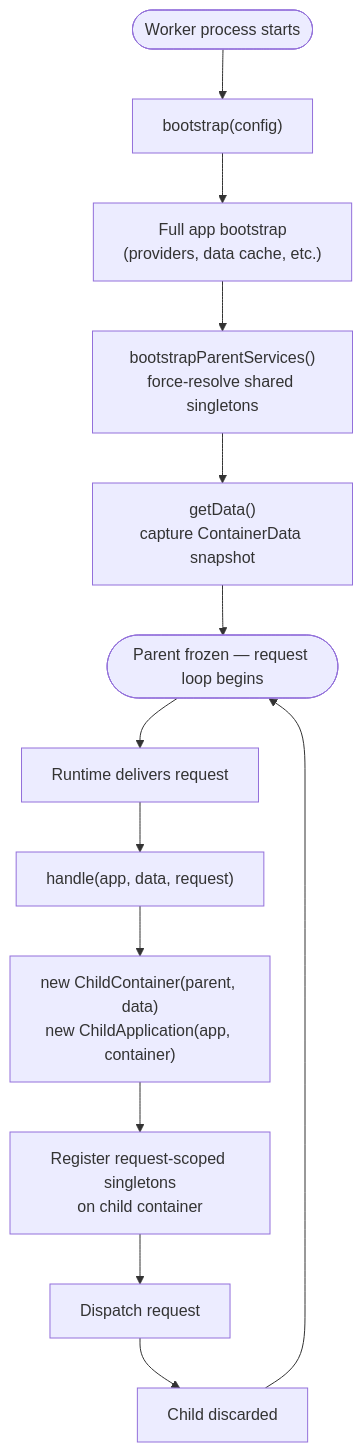
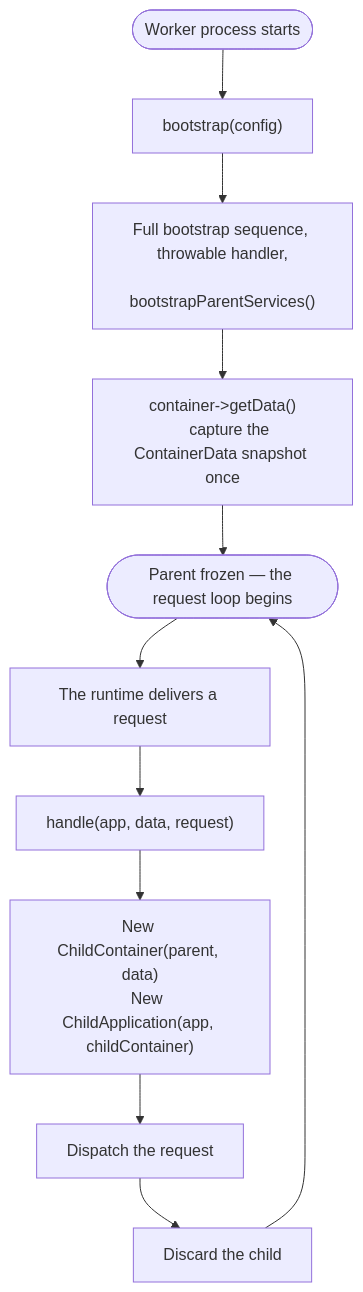
The second of 2 diagrams in src/Valkyrja/Application/README.md (valkyrjaio/valkyrja), drawn with Mermaid before and after one commit. The commit also changed other lines of this file, not shown here.

Commit message:
[Application] docs: Rewrite the README to match the code.

````diff
--- a/src/Valkyrja/Application/README.md
+++ b/src/Valkyrja/Application/README.md
@@ -569,15 +278,16 @@
 ```mermaid
 flowchart TD
     A(["Worker process starts"]) --> B["bootstrap(config)"]
-    B --> C["Full app bootstrap\n(providers, data cache, etc.)"]
-    C --> D["bootstrapParentServices()\nforce-resolve shared singletons"]
-    D --> E["getData()\ncapture ContainerData snapshot"]
-    E --> F(["Parent frozen — request loop begins"])
-    F --> G["Runtime delivers request"]
-    G --> H["handle(app, data, request)"]
-    H --> I["new ChildContainer(parent, data)\nnew ChildApplication(app, container)"]
-    I --> J["Register request-scoped singletons\non child container"]
-    J --> K["Dispatch request"]
-    K --> L["Child discarded"]
-    L --> F
+    B --> C["Full bootstrap sequence, throwable handler,
+    bootstrapParentServices()"]
+    C --> D["container->getData()
+    capture the ContainerData snapshot once"]
+    D --> E(["Parent frozen — the request loop begins"])
+    E --> F["The runtime delivers a request"]
+    F --> G["handle(app, data, request)"]
+    G --> H["New ChildContainer(parent, data)
+    New ChildApplication(app, childContainer)"]
+    H --> I["Dispatch the request"]
+    I --> J["Discard the child"]
+    J --> E
 ```
````
